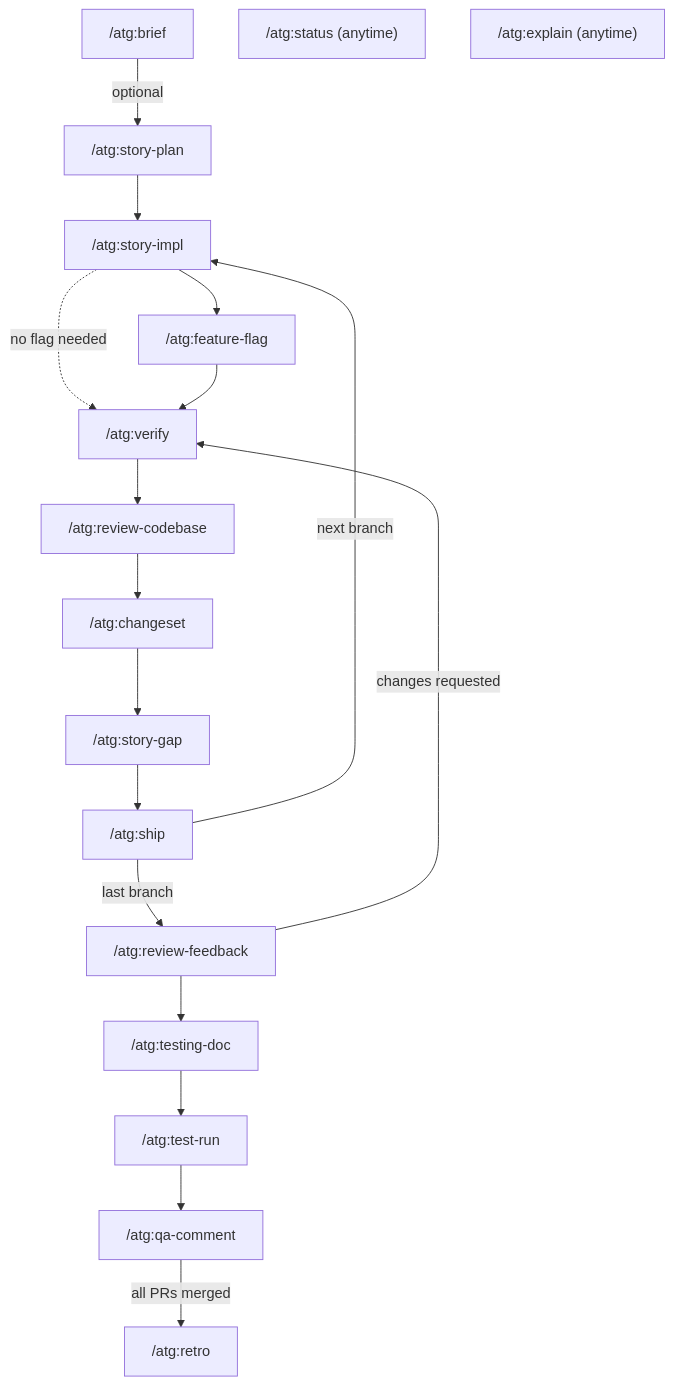
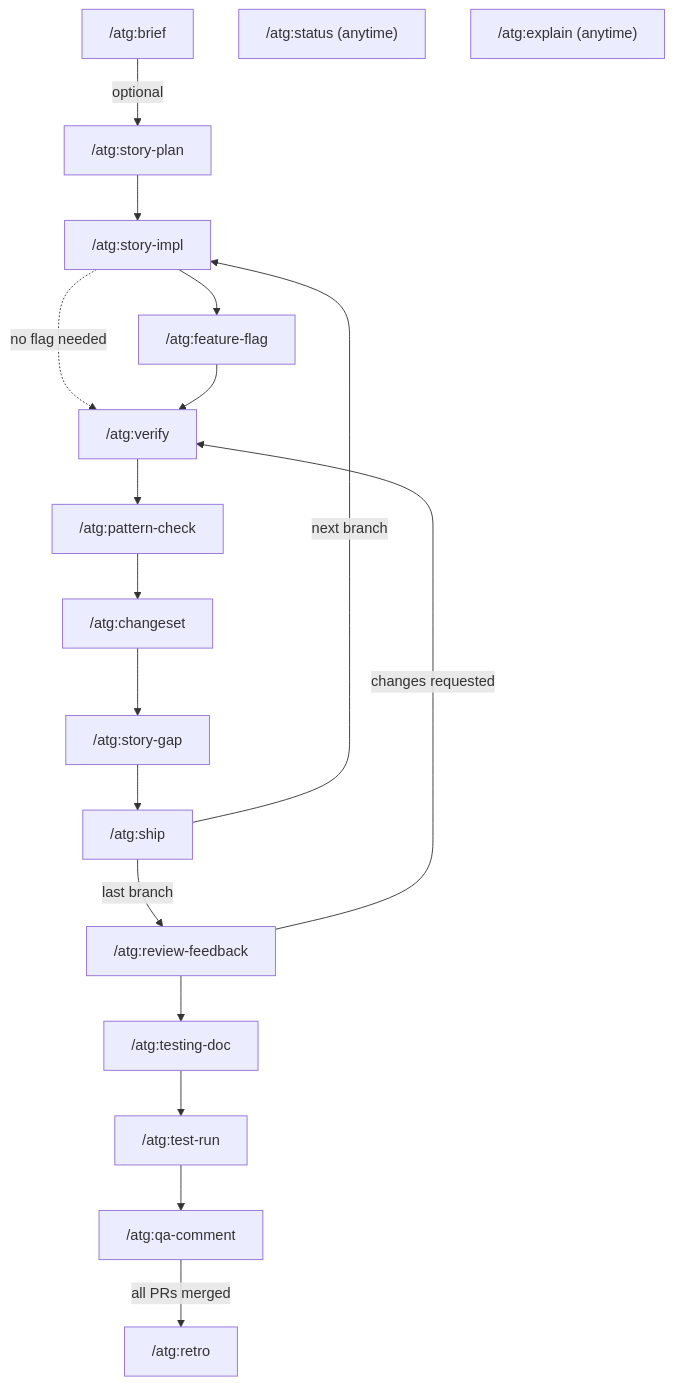
One commit to fcastillo-atg/atg-agent-kit changed the diagram in commands/atg/README.md. Above: the diagram before and after it, drawn with Mermaid. The commit also changed other lines of this file and 5 other files, not shown here.

First line of the commit message:
Rename /atg:review-codebase to /atg:pattern-check; require ADF for Jira comments

````diff
--- a/commands/atg/README.md
+++ b/commands/atg/README.md
@@ -149,22 +149,22 @@
 ```mermaid
 flowchart TD
     BRIEF["/atg:brief"] -->|optional| PLAN["/atg:story-plan"]
     PLAN --> IMPL["/atg:story-impl"]
     IMPL --> FLAG["/atg:feature-flag"]
     IMPL -.->|no flag needed| VERIFY
     FLAG --> VERIFY["/atg:verify"]
-    VERIFY --> REVIEWCODE["/atg:review-codebase"]
+    VERIFY --> REVIEWCODE["/atg:pattern-check"]
     REVIEWCODE --> CHANGESET["/atg:changeset"]
     CHANGESET --> GAP["/atg:story-gap"]
     GAP --> SHIP["/atg:ship"]
     SHIP -->|next branch| IMPL
     SHIP -->|last branch| REVIEWFB["/atg:review-feedback"]
     REVIEWFB -->|changes requested| VERIFY
     REVIEWFB --> TESTDOC["/atg:testing-doc"]
     TESTDOC --> TESTRUN["/atg:test-run"]
     TESTRUN --> QACOMMENT["/atg:qa-comment"]
     QACOMMENT -->|all PRs merged| RETRO["/atg:retro"]
 
     STATUS["/atg:status (anytime)"]
     EXPLAIN["/atg:explain (anytime)"]
 ```
````
